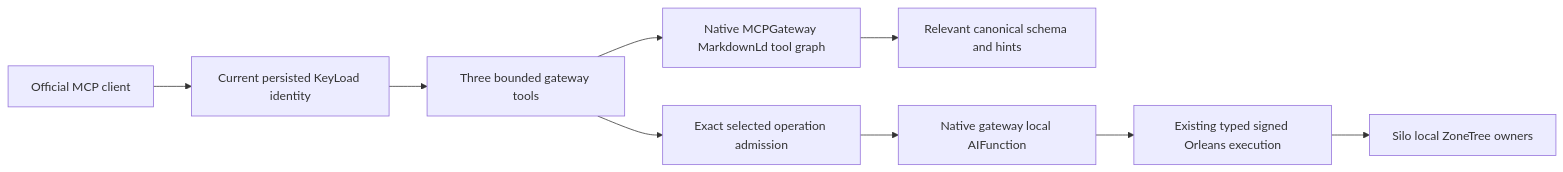
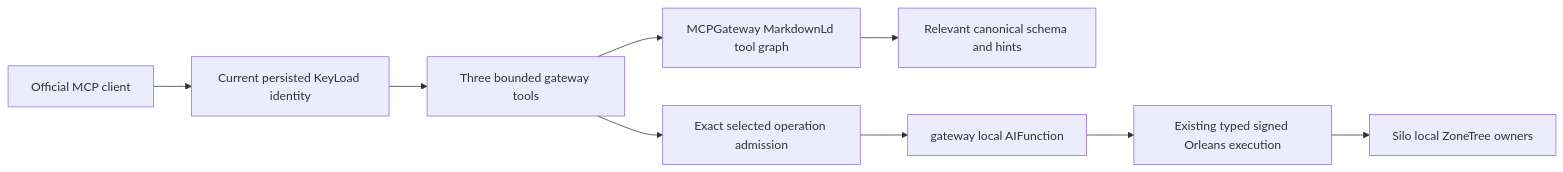
Before and after one commit to managedcode/KeyLoad: the diagram in docs/Features/ClientApi/ToolDiscovery.md, drawn with Mermaid. The commit also changed other lines of this file and 9016 other files, not shown here.

````diff
--- a/docs/Features/ClientApi/ToolDiscovery.md
+++ b/docs/Features/ClientApi/ToolDiscovery.md
@@ -30,11 +30,11 @@
 ```mermaid
 flowchart LR
     Caller[Official MCP client] --> Auth[Current persisted KeyLoad identity]
     Auth --> Meta[Three bounded gateway tools]
-    Meta --> Search[Native MCPGateway MarkdownLd tool graph]
+    Meta --> Search[MCPGateway MarkdownLd tool graph]
     Search --> Schema[Relevant canonical schema and hints]
     Meta --> Admission[Exact selected operation admission]
-    Admission --> Invoke[Native gateway local AIFunction]
+    Admission --> Invoke[gateway local AIFunction]
     Invoke --> Existing[Existing typed signed Orleans execution]
     Existing --> Owners[Silo local ZoneTree owners]
 ```
````
